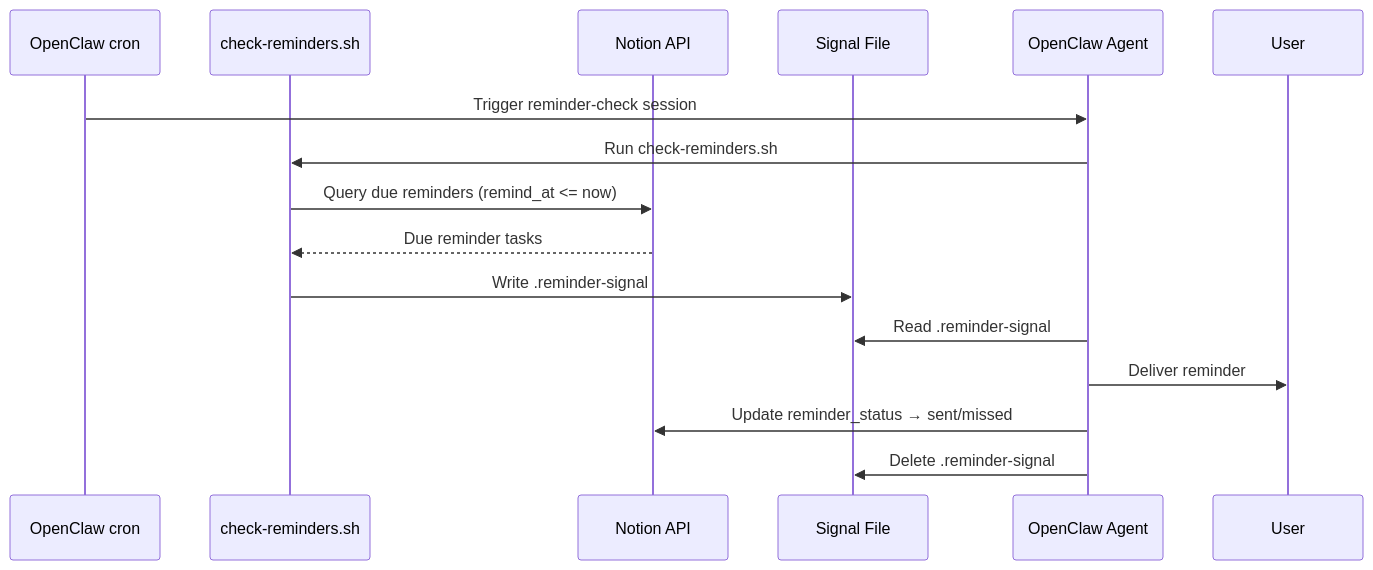
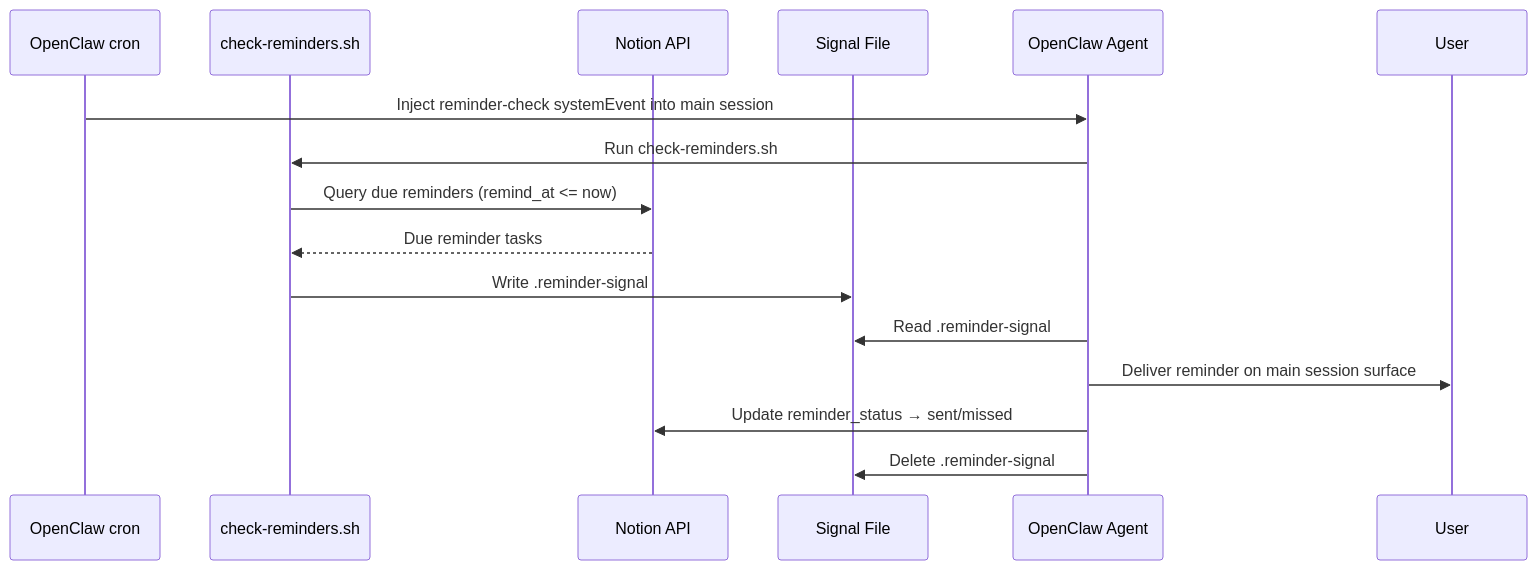
One commit to NickBorgersProbably/hide-my-list changed diagram 22 of 28 in docs/user-interactions.md. Above: the diagram before and after it, drawn with Mermaid. The commit also changed other lines of this file and 8 other files, not shown here.

````diff
--- a/docs/user-interactions.md
+++ b/docs/user-interactions.md
@@ -757,19 +757,19 @@
 ```mermaid
 sequenceDiagram
     participant Cron as OpenClaw cron
     participant Scr as check-reminders.sh
     participant Notion as Notion API
     participant Signal as Signal File
     participant Agent as OpenClaw Agent
     participant User
 
-    Cron->>Agent: Trigger reminder-check session
+    Cron->>Agent: Inject reminder-check systemEvent into main session
     Agent->>Scr: Run check-reminders.sh
     Scr->>Notion: Query due reminders (remind_at <= now)
     Notion-->>Scr: Due reminder tasks
     Scr->>Signal: Write .reminder-signal
     Agent->>Signal: Read .reminder-signal
-    Agent->>User: Deliver reminder
+    Agent->>User: Deliver reminder on main session surface
     Agent->>Notion: Update reminder_status → sent/missed
     Agent->>Signal: Delete .reminder-signal
 ```
````
